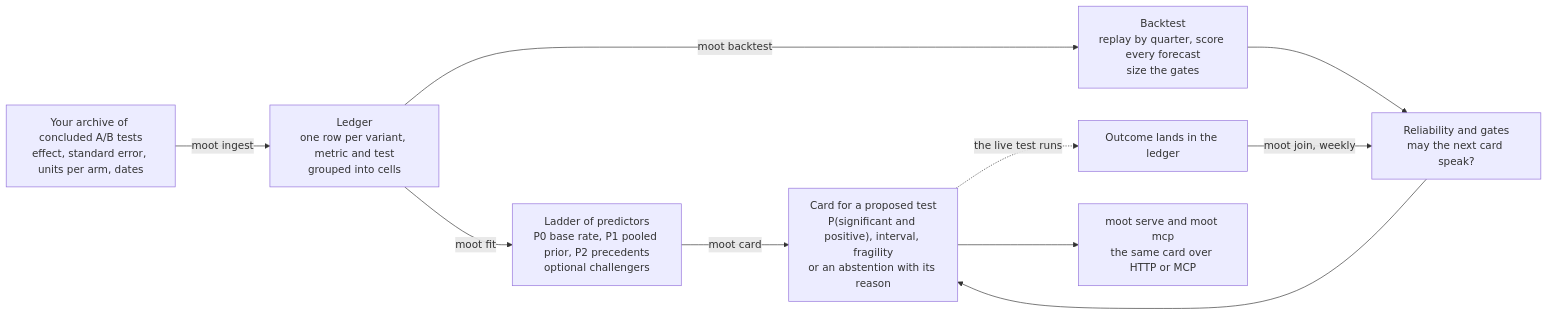
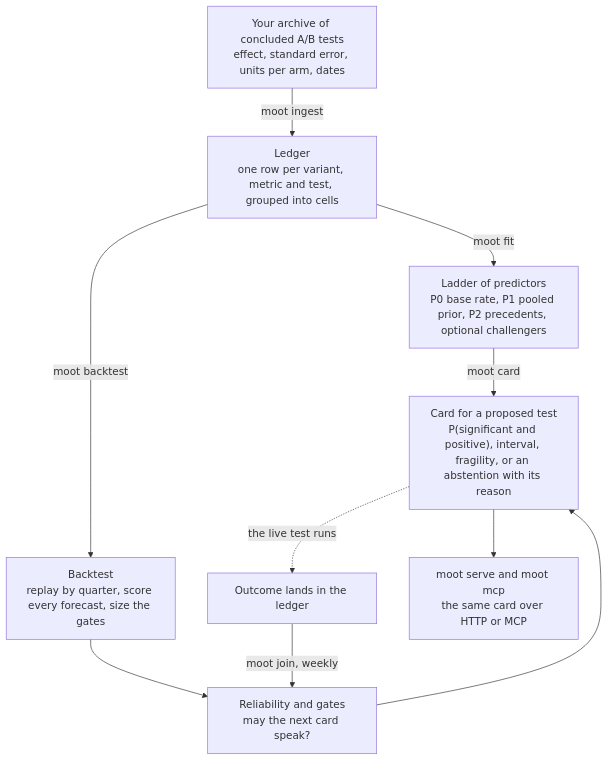
The first of 2 diagrams in README.md (journey-agents/mootcourt), drawn with Mermaid before and after one commit.

Commit message:
Lay the README's architecture diagram out top to bottom
GitHub shrinks a nine-node left-to-right flowchart to the column width, which made the labels small; the same diagram top to bottom renders at readable size in the 900 pixel column. Content unchanged.

````diff
--- a/README.md
+++ b/README.md
@@ -15,12 +15,12 @@
 ```mermaid
-flowchart LR
-    A["Your archive of concluded A/B tests<br>effect, standard error, units per arm, dates"] -->|moot ingest| LG["Ledger<br>one row per variant, metric and test<br>grouped into cells"]
-    LG -->|moot fit| LAD["Ladder of predictors<br>P0 base rate, P1 pooled prior, P2 precedents<br>optional challengers"]
-    LG -->|moot backtest| BT["Backtest<br>replay by quarter, score every forecast<br>size the gates"]
-    LAD -->|moot card| CARD["Card for a proposed test<br>P(significant and positive), interval, fragility<br>or an abstention with its reason"]
+flowchart TB
+    A["Your archive of concluded A/B tests<br>effect, standard error, units per arm, dates"] -->|moot ingest| LG["Ledger<br>one row per variant, metric and test, grouped into cells"]
+    LG -->|moot fit| LAD["Ladder of predictors<br>P0 base rate, P1 pooled prior, P2 precedents, optional challengers"]
+    LG -->|moot backtest| BT["Backtest<br>replay by quarter, score every forecast, size the gates"]
+    LAD -->|moot card| CARD["Card for a proposed test<br>P(significant and positive), interval, fragility, or an abstention with its reason"]
     BT --> REL["Reliability and gates<br>may the next card speak?"]
     REL --> CARD
     CARD -.->|the live test runs| OUT["Outcome lands in the ledger"]
     OUT -->|moot join, weekly| REL
     CARD --> SRV["moot serve and moot mcp<br>the same card over HTTP or MCP"]
 ```
````
